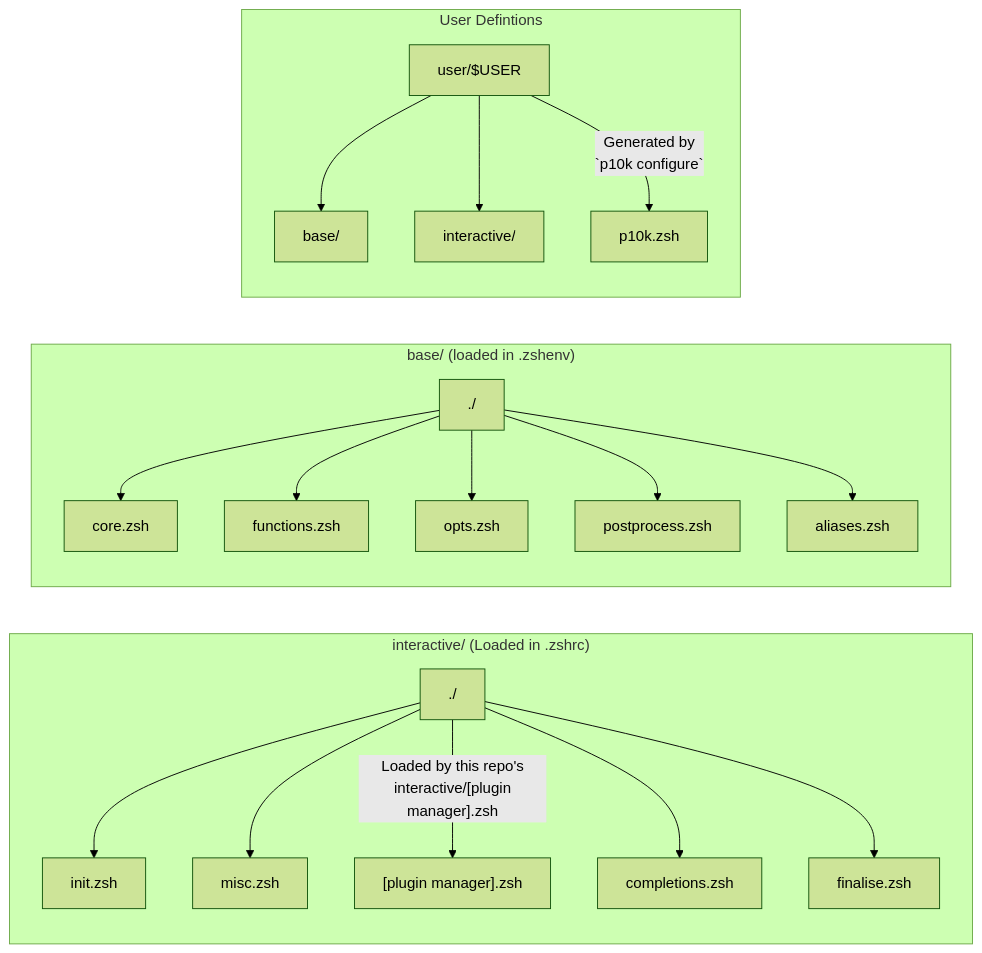
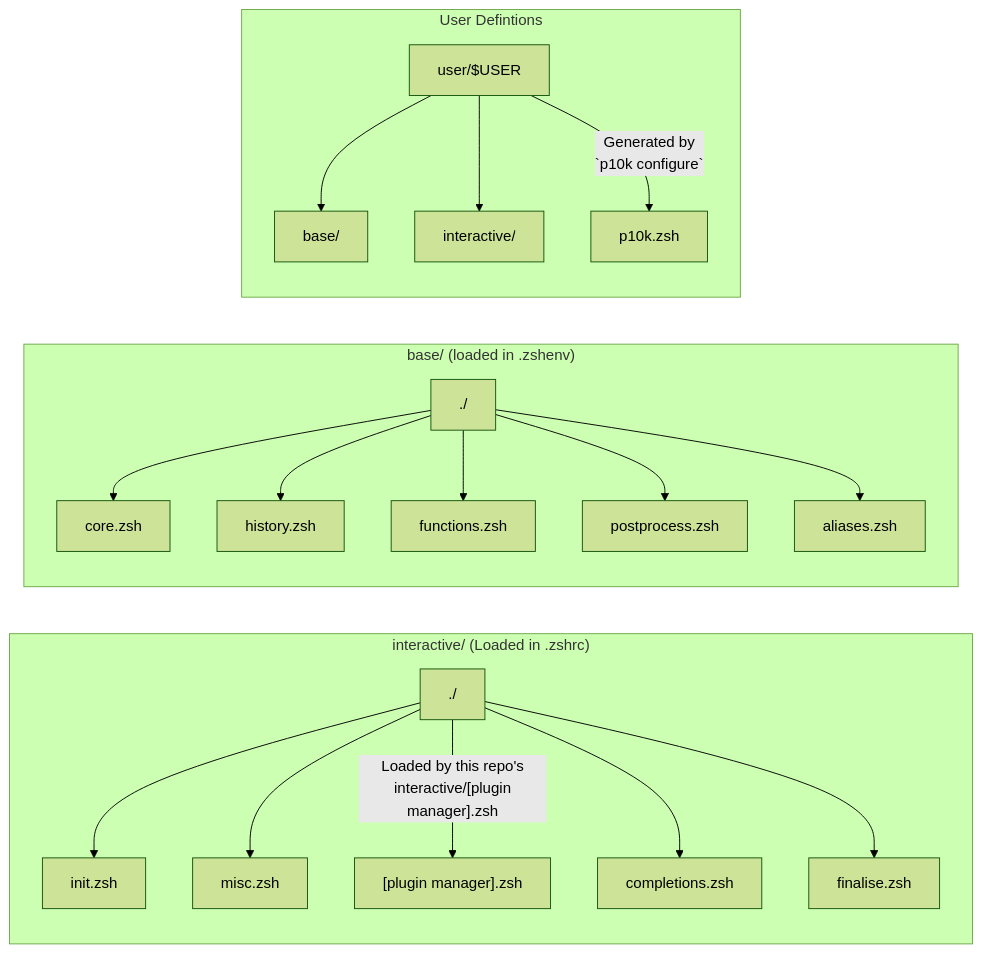
The diagram in docs/userdefs.MD (JamesYeoman/zsh-config), drawn with Mermaid (forest theme) before and after one commit. The commit also changed 4 other files, not shown here.

````diff
--- a/docs/userdefs.MD
+++ b/docs/userdefs.MD
@@ -7,44 +7,44 @@
 ```mermaid
 flowchart LR
     subgraph interactive["interactive/ (Loaded in .zshrc)"]
         30["./"]
         31["init.zsh"]
         32["misc.zsh"]
         33["[plugin manager].zsh"]
         34["completions.zsh"]
         35["finalise.zsh"]
 
         30 --> 31
         30 --> 32
         30 --"Loaded by this repo's<br/> interactive/[plugin manager].zsh"--> 33
         30 --> 34
         30 --> 35
     end
 
     subgraph base["base/ (loaded in .zshenv)"]
         20["./"]
         21["core.zsh"]
-        22["functions.zsh"]
-        23["opts.zsh"]
+        22["history.zsh"]
+        23["functions.zsh"]
         24["postprocess.zsh"]
         25["aliases.zsh"]
 
         20 --> 21
         20 --> 22
         20 --> 23
         20 --> 24
         20 --> 25
     end
 
     subgraph root["User Defintions"]
         00["user/$USER"]
         01["base/"]
         02["interactive/"]
         03["p10k.zsh"]
 
         00 --> 01
         00 --> 02
         00 -- "Generated by<br/> `p10k configure`" --> 03
     end
 
 ```
````
